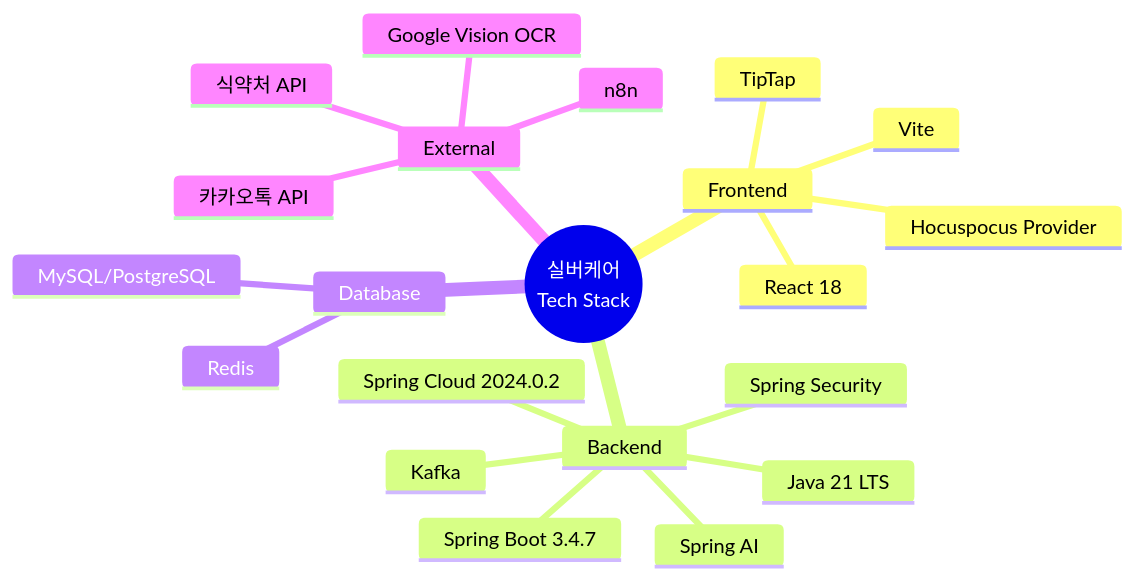
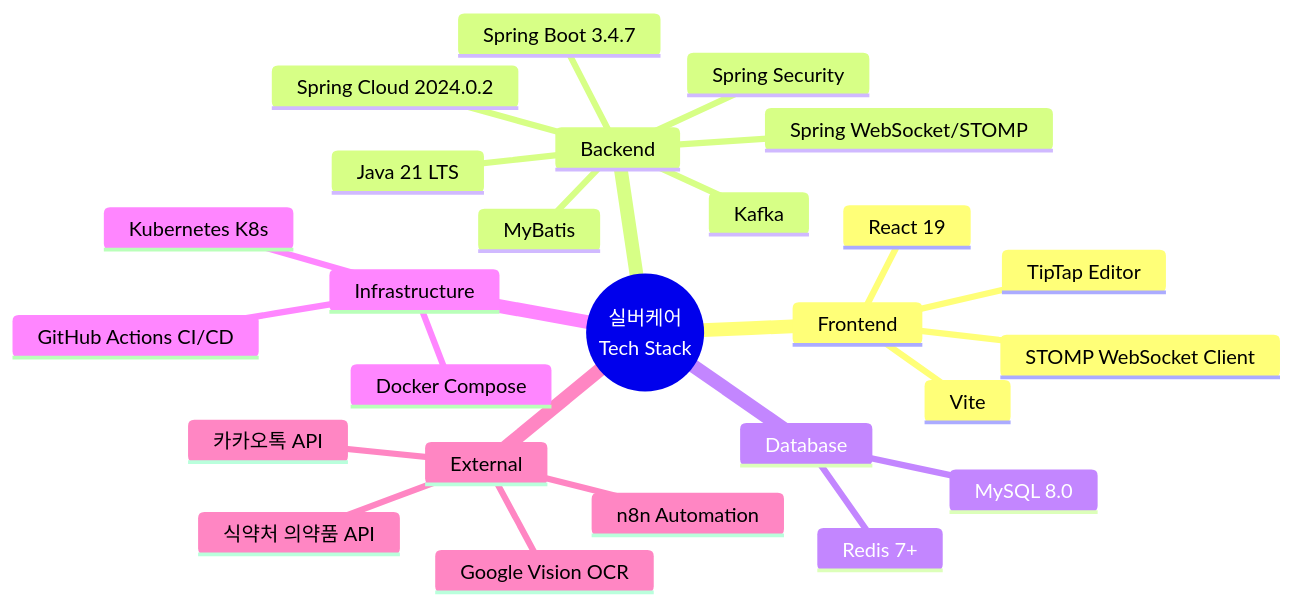
One commit to KOSA2025-FINAL-PROJECT-TEAM3/.github changed the diagram in diagrams/09-tech-stack.mmd. Above: the diagram before and after it, drawn with Mermaid. The commit also changed 8 other files, not shown here.

First line of the commit message:
Major architecture update: Replace Hocuspocus with Spring WebSocket/STOMP

```diff
--- a/diagrams/09-tech-stack.mmd
+++ b/diagrams/09-tech-stack.mmd
@@ -1,22 +1,27 @@
 mindmap
   root((실버케어<br/>Tech Stack))
     Frontend
-      React 18
+      React 19
       Vite
-      TipTap
-      Hocuspocus Provider
+      STOMP WebSocket Client
+      TipTap Editor
     Backend
       Java 21 LTS
       Spring Boot 3.4.7
       Spring Cloud 2024.0.2
       Spring Security
-      Spring AI
+      Spring WebSocket/STOMP
+      MyBatis
       Kafka
     Database
-      MySQL/PostgreSQL
-      Redis
+      MySQL 8.0
+      Redis 7+
+    Infrastructure
+      Kubernetes K8s
+      Docker Compose
+      GitHub Actions CI/CD
     External
       Google Vision OCR
-      식약처 API
+      식약처 의약품 API
       카카오톡 API
-      n8n
+      n8n Automation
```
